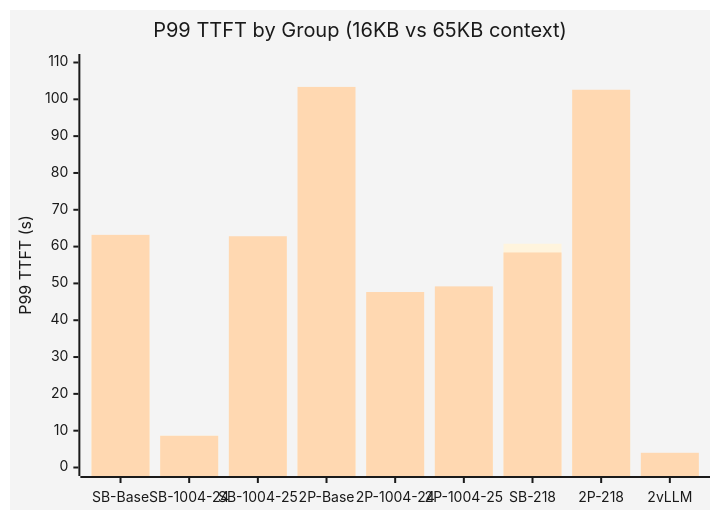
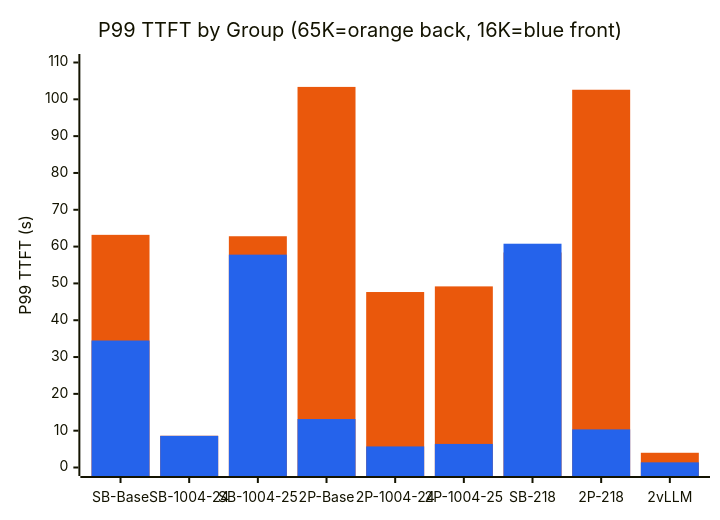
One commit to Ceng23333/InfiniLM-SVC changed the second of 4 diagrams in deployment/cases/cache-type-routing-validation/RESULTS_SUMMARY.md. Above: the diagram before and after it, drawn with Mermaid. The commit also changed other lines of this file, not shown here.

Commit message:
update the style of chart

````diff
--- a/deployment/cases/cache-type-routing-validation/RESULTS_SUMMARY.md
+++ b/deployment/cases/cache-type-routing-validation/RESULTS_SUMMARY.md
@@ -234,9 +234,9 @@
 ```mermaid
-%%{init: {'theme': 'base', 'themeVariables': {'primaryTextColor': '#1a1a1a', 'titleColor': '#1a1a1a', 'lineColor': '#333'}}}%%
+%%{init: {'theme': 'base', 'themeVariables': {'primaryTextColor': '#1a1a1a', 'titleColor': '#1a1a1a', 'lineColor': '#333', 'xyChart': {'plotColorPalette': "#ea580c, #2563eb"}}}}%%
 xychart-beta
-    title "P99 TTFT by Group (16KB vs 65KB context)"
+    title "P99 TTFT by Group (65K=orange back, 16K=blue front)"
     x-axis [SB-Base, SB-1004-24, SB-1004-25, 2P-Base, 2P-1004-24, 2P-1004-25, SB-218, 2P-218, 2vLLM]
     y-axis "P99 TTFT (s)" 0 --> 110
+    bar [63.19, 8.62, 62.81, 103.37, 47.66, 49.19, 58.4, 102.6, 4.0]
     bar [34.49, 8.59, 57.81, 13.16, 5.72, 6.4, 60.78, 10.35, 1.4]
-    bar [63.19, 8.62, 62.81, 103.37, 47.66, 49.19, 58.4, 102.6, 4.0]
 ```
````
